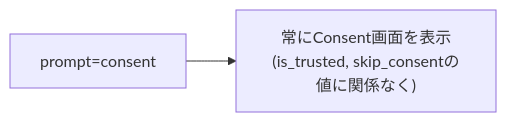
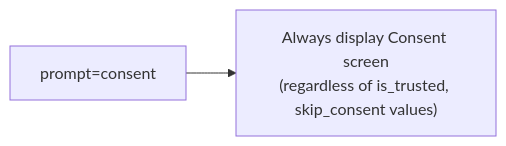
The third of 3 diagrams in packages/op-auth/TRUSTED_CLIENT_SPEC.md (sgrastar/authrim), drawn with Mermaid before and after one commit. The commit also changed other lines of this file and 23 other files, not shown here.

First line of the commit message:
docs: Translate all Japanese documentation to English and convert ASCII diagrams to Mermaid

````diff
--- a/packages/op-auth/TRUSTED_CLIENT_SPEC.md
+++ b/packages/op-auth/TRUSTED_CLIENT_SPEC.md
@@ -130,4 +130,4 @@
 ```mermaid
 flowchart LR
-    A["prompt=consent"] --> B["常にConsent画面を表示<br/>(is_trusted, skip_consentの値に関係なく)"]
+    A["prompt=consent"] --> B["Always display Consent screen<br/>(regardless of is_trusted, skip_consent values)"]
 ```
````
